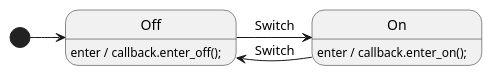
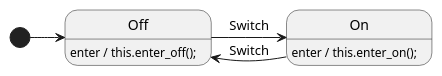
The diagram in docs/languages/java/Lightbulb.puml (StateSmith/StateSmith), drawn with PlantUML before and after one commit. The commit also changed 15 other files, not shown here.

```diff
--- a/docs/languages/java/Lightbulb.puml
+++ b/docs/languages/java/Lightbulb.puml
@@ -1,12 +1,12 @@
 @startuml
 [*] -> Off
 Off -> On : Switch
 On -> Off : Switch
 
 ' Use actions to call functions on various triggers, 
 ' such as entering or exiting a state.
 ' You can call these functions whatever you want.
 ' You will define these functions in your callback.
-Off: enter / callback.enter_off();
-On: enter / callback.enter_on();
+Off: enter / this.enter_off();
+On: enter / this.enter_on();
 @enduml
```
